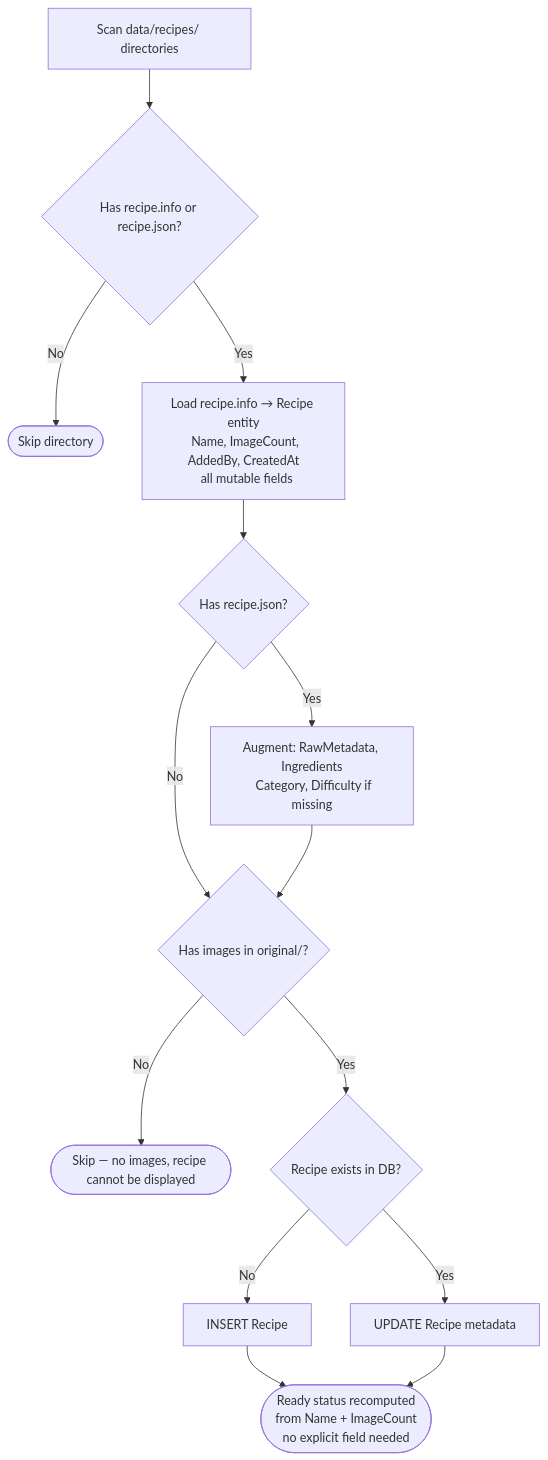
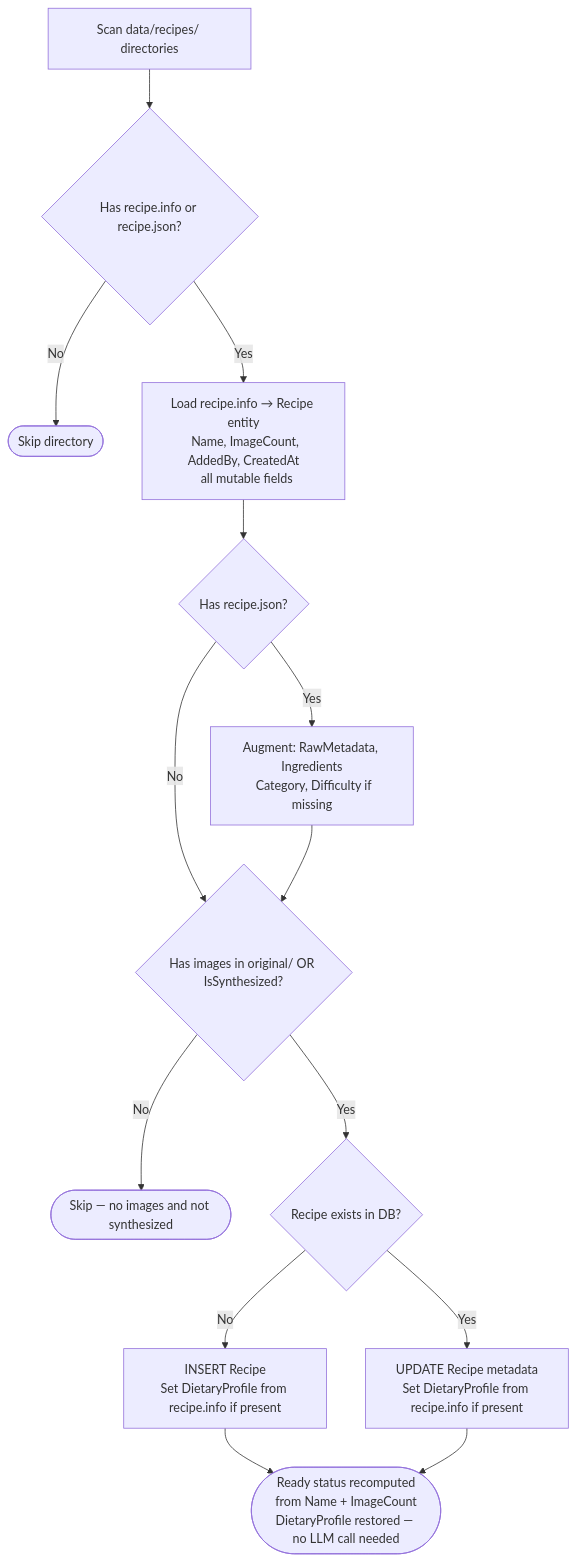
Before and after one commit to AlexandreBrisebois/whats-for-supper: the second of 2 diagrams in docs/flows/data-flows/backup-restore-readiness.md, drawn with Mermaid. The commit also changed other lines of this file and 5 other files, not shown here.

Commit message:
docs: document dietary classification flow, balance indicators, and URL import workflow updates

````diff
--- a/docs/flows/data-flows/backup-restore-readiness.md
+++ b/docs/flows/data-flows/backup-restore-readiness.md
@@ -43,20 +45,20 @@
 ```mermaid
 flowchart TD
     A[Scan data/recipes/ directories] --> B{Has recipe.info or recipe.json?}
     B -->|No| Z([Skip directory])
     B -->|Yes| C[Load recipe.info → Recipe entity\n  Name, ImageCount, AddedBy, CreatedAt\n  all mutable fields]
 
     C --> D{Has recipe.json?}
     D -->|Yes| E[Augment: RawMetadata, Ingredients\n  Category, Difficulty if missing]
     D -->|No| F
 
-    E --> F{Has images in original/?}
-    F -->|No| G([Skip — no images, recipe cannot be displayed])
+    E --> F{Has images in original/ OR IsSynthesized?}
+    F -->|No| G([Skip — no images and not synthesized])
     F -->|Yes| H{Recipe exists in DB?}
 
-    H -->|No| I[INSERT Recipe]
-    H -->|Yes| J[UPDATE Recipe metadata]
+    H -->|No| I[INSERT Recipe\nSet DietaryProfile from recipe.info if present]
+    H -->|Yes| J[UPDATE Recipe metadata\nSet DietaryProfile from recipe.info if present]
 
-    I --> K([Ready status recomputed\nfrom Name + ImageCount\nno explicit field needed])
+    I --> K([Ready status recomputed\nfrom Name + ImageCount\nDietaryProfile restored — no LLM call needed])
     J --> K
 ```
````
